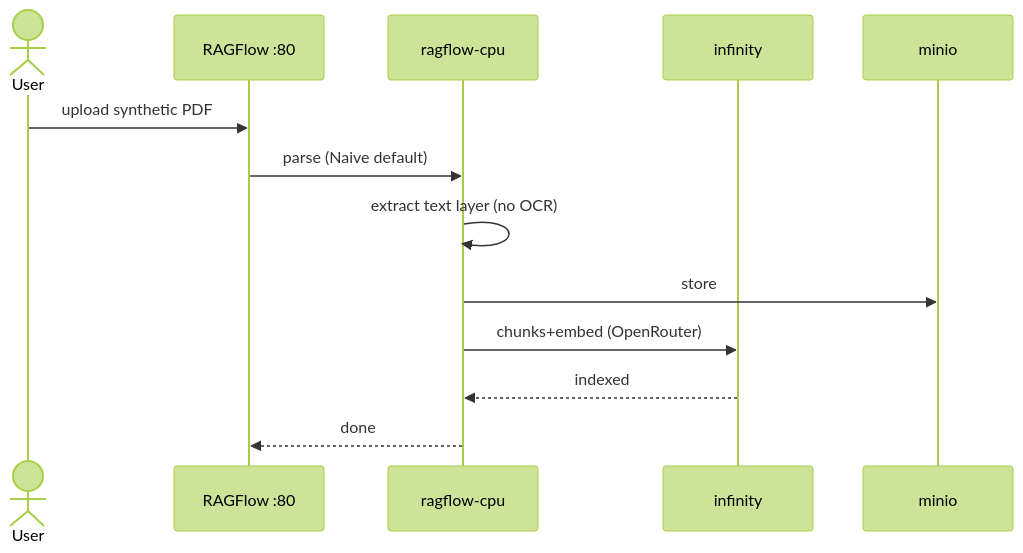
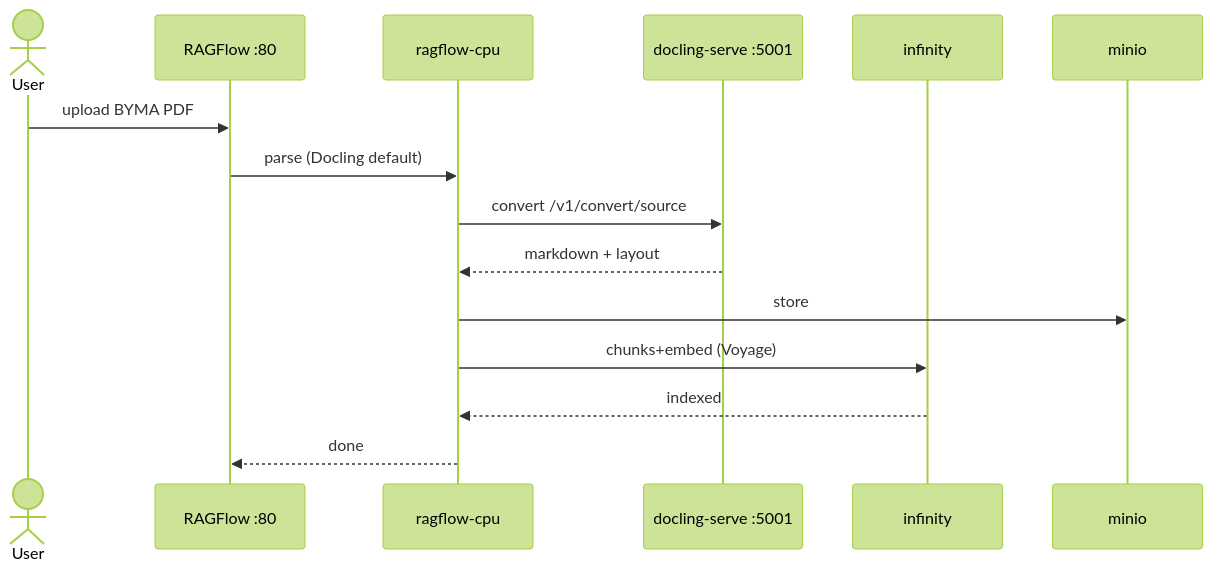
The first of 2 diagrams in openspec/changes/ledger-lens-ragflow/design.md (javi2481/LEDGERLENS), drawn with Mermaid (forest theme) before and after one commit. The commit also changed other lines of this file and 58 other files, not shown here.

First line of the commit message:
Default the local demo to Docling Serve CPU and replace synthetic PDFs with the BYMA corpus.

````diff
--- a/openspec/changes/ledger-lens-ragflow/design.md
+++ b/openspec/changes/ledger-lens-ragflow/design.md
@@ -24,15 +24,17 @@
 ```mermaid
 sequenceDiagram
   actor User
   participant UI as RAGFlow :80
   participant RF as ragflow-cpu
+  participant DS as docling-serve :5001
   participant Inf as infinity
   participant Min as minio
-  User->>UI: upload synthetic PDF
-  UI->>RF: parse (Naive default)
-  RF->>RF: extract text layer (no OCR)
+  User->>UI: upload BYMA PDF
+  UI->>RF: parse (Docling default)
+  RF->>DS: convert /v1/convert/source
+  DS-->>RF: markdown + layout
   RF->>Min: store
-  RF->>Inf: chunks+embed (OpenRouter)
+  RF->>Inf: chunks+embed (Voyage)
   Inf-->>RF: indexed
   RF-->>UI: done
 ```
````
